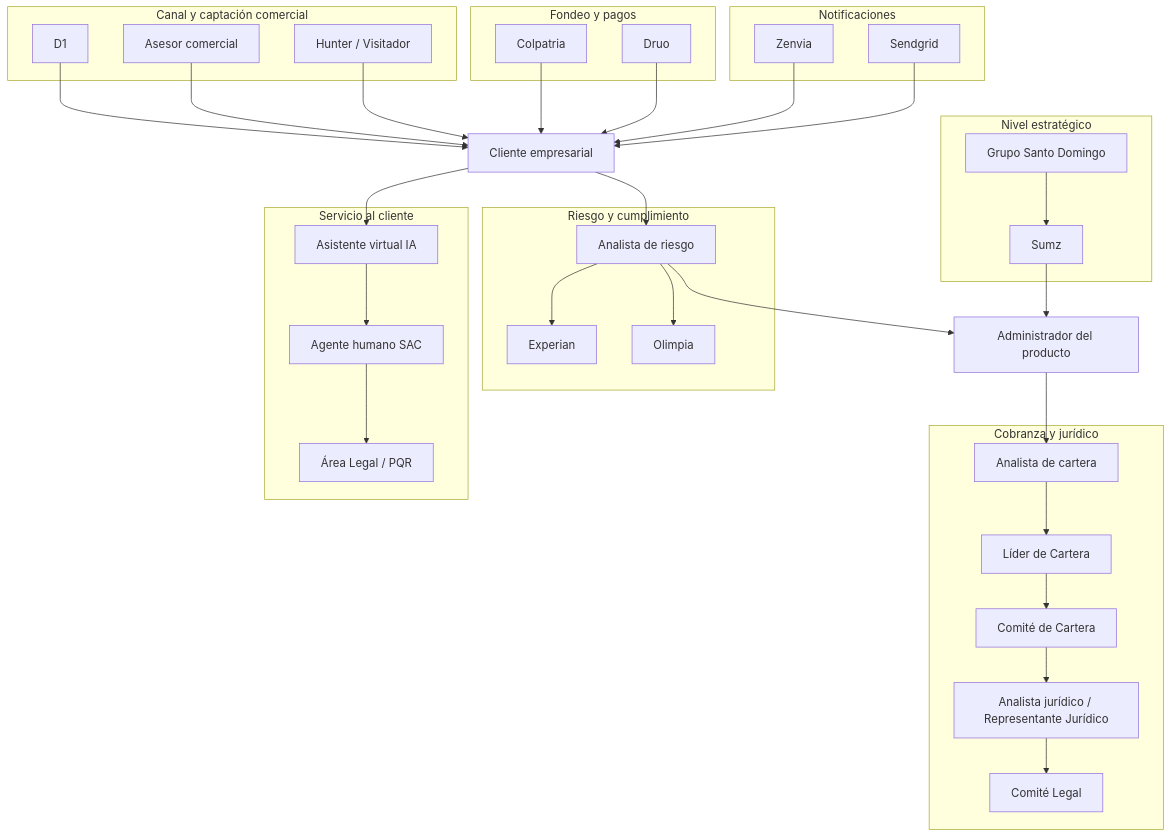
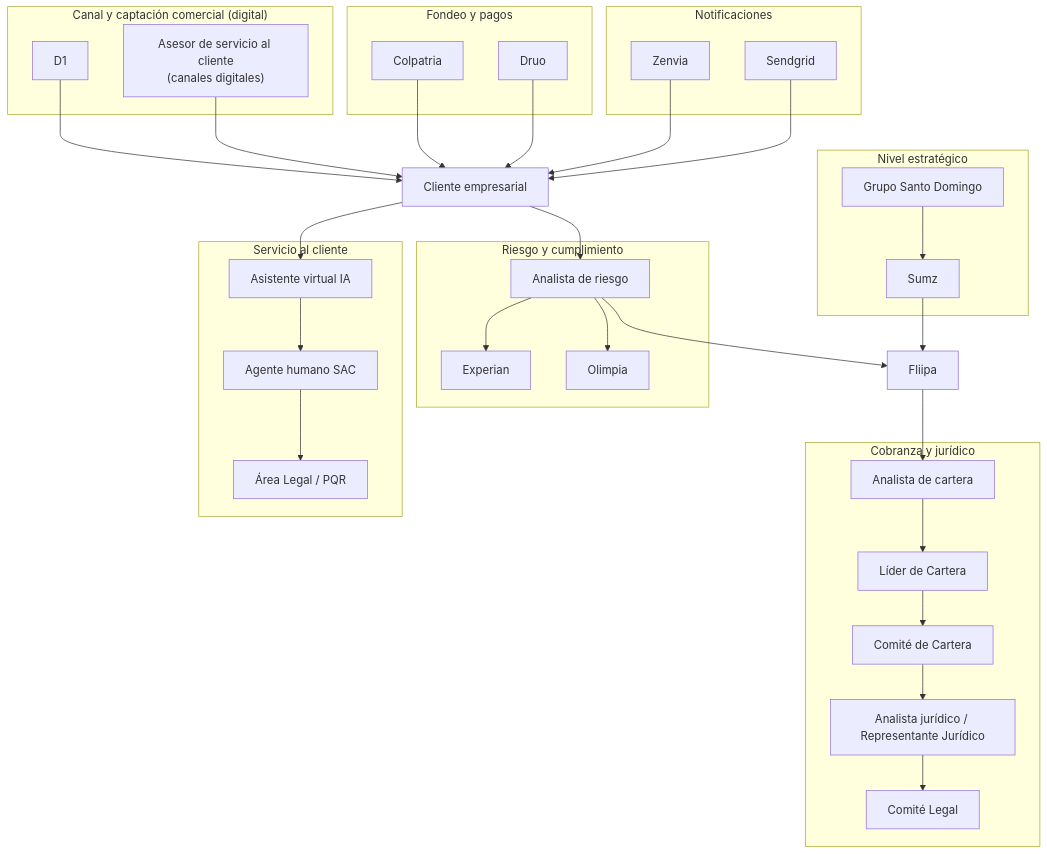
The diagram in negocio/Actores/07-diagrama-ecosistema.md (MariaFer2006/documentaci-n_flipa-), drawn with Mermaid before and after one commit. The commit also changed other lines of this file, not shown here.

Commit message:
Update ecosystem diagram with role changes
Renamed 'Administrador del producto' to 'Fliipa', removed 'Hunter / Visitador', and updated 'Asesor comercial' to 'Asesor de servicio al cliente (canales digitales)' to reflect role adjustments.

````diff
--- a/negocio/Actores/07-diagrama-ecosistema.md
+++ b/negocio/Actores/07-diagrama-ecosistema.md
@@ -5,63 +5,61 @@
 ```mermaid
 graph TD
     subgraph Estrategico["Nivel estratégico"]
         GSD["Grupo Santo Domingo"]
         SUMZ["Sumz"]
     end
 
-    subgraph Comercial["Canal y captación comercial"]
+    subgraph Comercial["Canal y captación comercial (digital)"]
         D1["D1"]
-        ASESOR["Asesor comercial"]
-        HUNTER["Hunter / Visitador"]
+        ASESOR["Asesor de servicio al cliente<br/>(canales digitales)"]
     end
 
     CLIENTE["Cliente empresarial"]
-    ADMIN["Administrador del producto"]
+    FLIIPA["Fliipa"]
 
     subgraph RiesgoKYC["Riesgo y cumplimiento"]
         RIESGO["Analista de riesgo"]
         EXPERIAN["Experian"]
         OLIMPIA["Olimpia"]
     end
 
     subgraph Cobranza["Cobranza y jurídico"]
         CARTERA["Analista de cartera"]
         LIDER["Líder de Cartera"]
         COMCARTERA["Comité de Cartera"]
         JURIDICO["Analista jurídico / Representante Jurídico"]
         COMLEGAL["Comité Legal"]
     end
 
     subgraph SAC["Servicio al cliente"]
         IA["Asistente virtual IA"]
         AGENTE["Agente humano SAC"]
         LEGALPQR["Área Legal / PQR"]
     end
 
     subgraph Fondeo["Fondeo y pagos"]
         COLPATRIA["Colpatria"]
         DRUO["Druo"]
     end
 
     subgraph Notif["Notificaciones"]
         ZENVIA["Zenvia"]
         SENDGRID["Sendgrid"]
     end
 
-    GSD --> SUMZ --> ADMIN
+    GSD --> SUMZ --> FLIIPA
     D1 --> CLIENTE
     ASESOR --> CLIENTE
-    HUNTER --> CLIENTE
     CLIENTE --> RIESGO
     RIESGO --> EXPERIAN
     RIESGO --> OLIMPIA
-    RIESGO --> ADMIN
-    ADMIN --> CARTERA
+    RIESGO --> FLIIPA
+    FLIIPA --> CARTERA
     CARTERA --> LIDER --> COMCARTERA
     COMCARTERA --> JURIDICO --> COMLEGAL
     CLIENTE --> IA --> AGENTE --> LEGALPQR
     COLPATRIA --> CLIENTE
     DRUO --> CLIENTE
     ZENVIA --> CLIENTE
     SENDGRID --> CLIENTE
 ```
````
